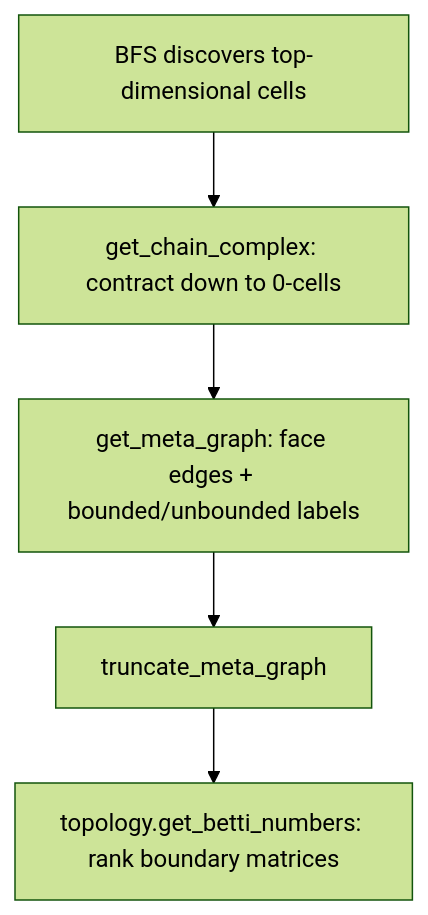
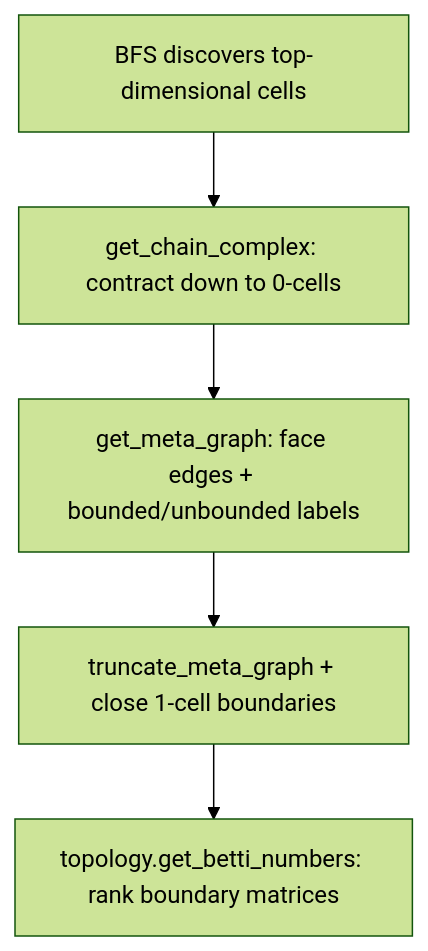
Before and after one commit to bl-ake/relucent: the diagram in docs/betti_computation.md, drawn with Mermaid (forest theme). The commit also changed other lines of this file and 24 other files, not shown here.

````diff
--- a/docs/betti_computation.md
+++ b/docs/betti_computation.md
@@ -22,10 +22,10 @@
 ```mermaid
 flowchart TD
     search["BFS discovers top-dimensional cells"]
     chain["get_chain_complex: contract down to 0-cells"]
     meta["get_meta_graph: face edges + bounded/unbounded labels"]
-    trunc["truncate_meta_graph"]
+    trunc["truncate_meta_graph + close 1-cell boundaries"]
     rank["topology.get_betti_numbers: rank boundary matrices"]
 
     search --> chain --> meta --> trunc --> rank
 ```
````
